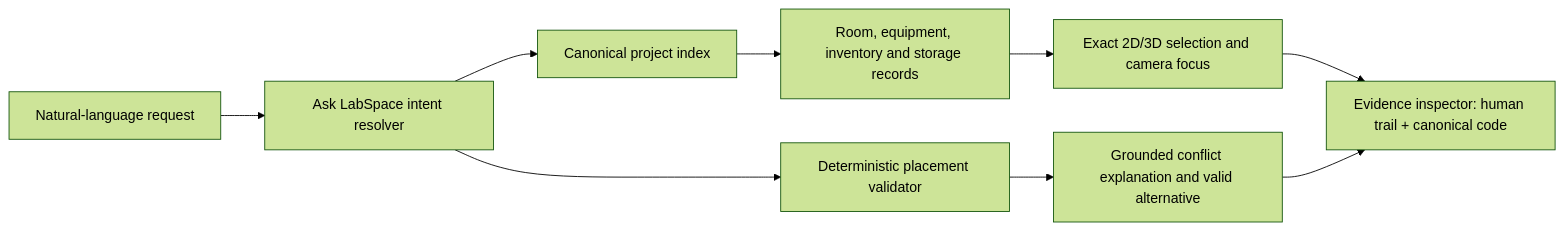
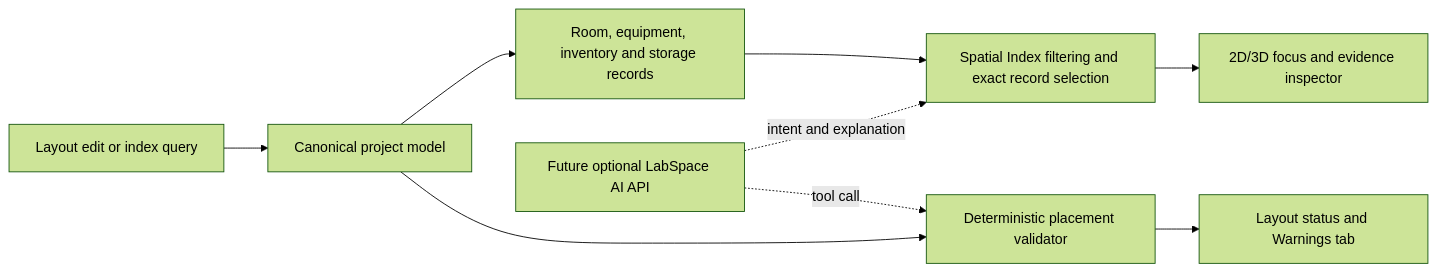
Before and after one commit to MuhammedJshi96/LabSpace-AI-Indexer: the diagram in docs/submission/BUILD_WEEK_IMPLEMENTATION.md, drawn with Mermaid (forest theme). The commit also changed other lines of this file and 39 other files, not shown here.

Commit message:
feat: finalize spatial index submission build

````diff
--- a/docs/submission/BUILD_WEEK_IMPLEMENTATION.md
+++ b/docs/submission/BUILD_WEEK_IMPLEMENTATION.md
@@ -31,11 +31,11 @@
 ```mermaid
 flowchart LR
-    A["Natural-language request"] --> B["Ask LabSpace intent resolver"]
-    B --> C["Canonical project index"]
-    C --> D["Room, equipment, inventory and storage records"]
-    B --> E["Deterministic placement validator"]
-    D --> F["Exact 2D/3D selection and camera focus"]
-    E --> G["Grounded conflict explanation and valid alternative"]
-    F --> H["Evidence inspector: human trail + canonical code"]
-    G --> H
+    A["Layout edit or index query"] --> B["Canonical project model"]
+    B --> C["Room, equipment, inventory and storage records"]
+    B --> D["Deterministic placement validator"]
+    C --> E["Spatial Index filtering and exact record selection"]
+    E --> F["2D/3D focus and evidence inspector"]
+    D --> G["Layout status and Warnings tab"]
+    H["Future optional LabSpace AI API"] -. intent and explanation .-> E
+    H -. tool call .-> D
 ```
````
